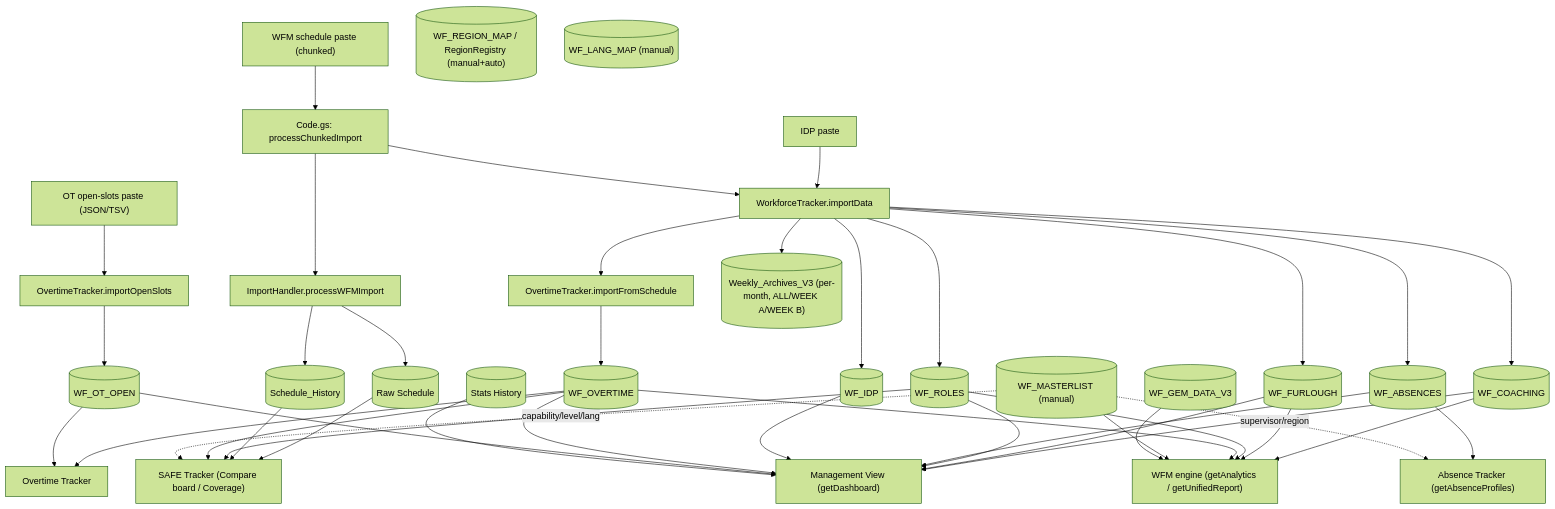
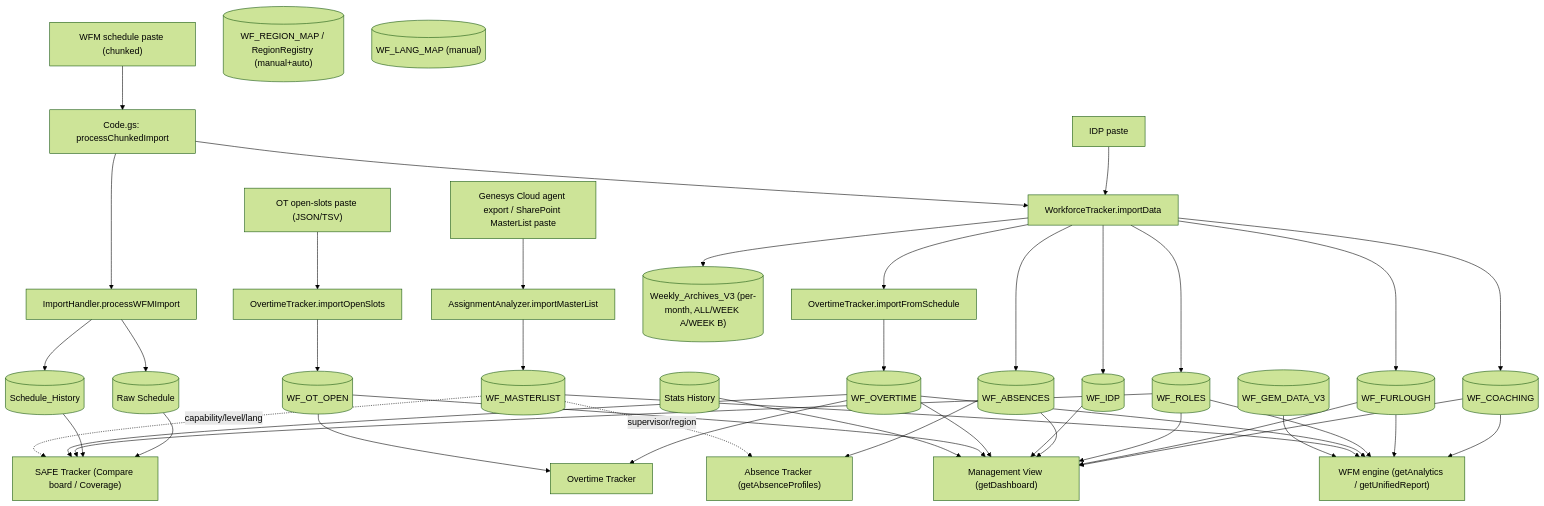
The diagram in docs/DATA_FLOW.md (BreadBanana-T/MRC), drawn with Mermaid (forest theme) before and after one commit. The commit also changed other lines of this file and 7 other files, not shown here.

````diff
--- a/docs/DATA_FLOW.md
+++ b/docs/DATA_FLOW.md
@@ -16,53 +16,54 @@
 ```mermaid
 flowchart TD
   PASTE["WFM schedule paste (chunked)"] --> PCI["Code.gs: processChunkedImport"]
   OTPASTE["OT open-slots paste (JSON/TSV)"] --> OTO_IMP["OvertimeTracker.importOpenSlots"]
   IDPPASTE["IDP paste"] --> WTI
 
   PCI --> IH["ImportHandler.processWFMImport"]
   PCI --> WTI["WorkforceTracker.importData"]
 
   IH --> RAW[("Raw Schedule")]
   IH --> HIST[("Schedule_History")]
 
   WTI --> COA[("WF_COACHING")]
   WTI --> FUR[("WF_FURLOUGH")]
   WTI --> ROL[("WF_ROLES")]
   WTI --> ABS[("WF_ABSENCES")]
   WTI --> IDP[("WF_IDP")]
   WTI --> OTI["OvertimeTracker.importFromSchedule"] --> OT[("WF_OVERTIME")]
   WTI --> ARCH[("Weekly_Archives_V3 (per-month, ALL/WEEK A/WEEK B)")]
   OTO_IMP --> OTOPEN[("WF_OT_OPEN")]
 
-  MASTER[("WF_MASTERLIST (manual)")]
+  GENPASTE["Genesys Cloud agent export / SharePoint MasterList paste"] --> MLI["AssignmentAnalyzer.importMasterList"]
+  MLI --> MASTER[("WF_MASTERLIST")]
   REGMAP[("WF_REGION_MAP / RegionRegistry (manual+auto)")]
   LANG[("WF_LANG_MAP (manual)")]
 
   RAW --> SAFE["SAFE Tracker (Compare board / Coverage)"]
   HIST --> SAFE
   ROL --> SAFE
   OT --> SAFE
   MASTER -. capability/level/lang .-> SAFE
 
   OT --> OTT["Overtime Tracker"]
   OTOPEN --> OTT
 
   COA --> MGMT["Management View (getDashboard)"]
   FUR --> MGMT
   ROL --> MGMT
   ABS --> MGMT
   IDP --> MGMT
   OT --> MGMT
   OTOPEN --> MGMT
   STATS[("Stats History")] --> MGMT
 
   ABS --> ABST["Absence Tracker (getAbsenceProfiles)"]
   MASTER -. supervisor/region .-> ABST
 
   COA --> UNI["WFM engine (getAnalytics / getUnifiedReport)"]
   FUR --> UNI
   ROL --> UNI
   OT --> UNI
   MASTER --> UNI
   GEM[("WF_GEM_DATA_V3")] --> UNI
 ```
````
